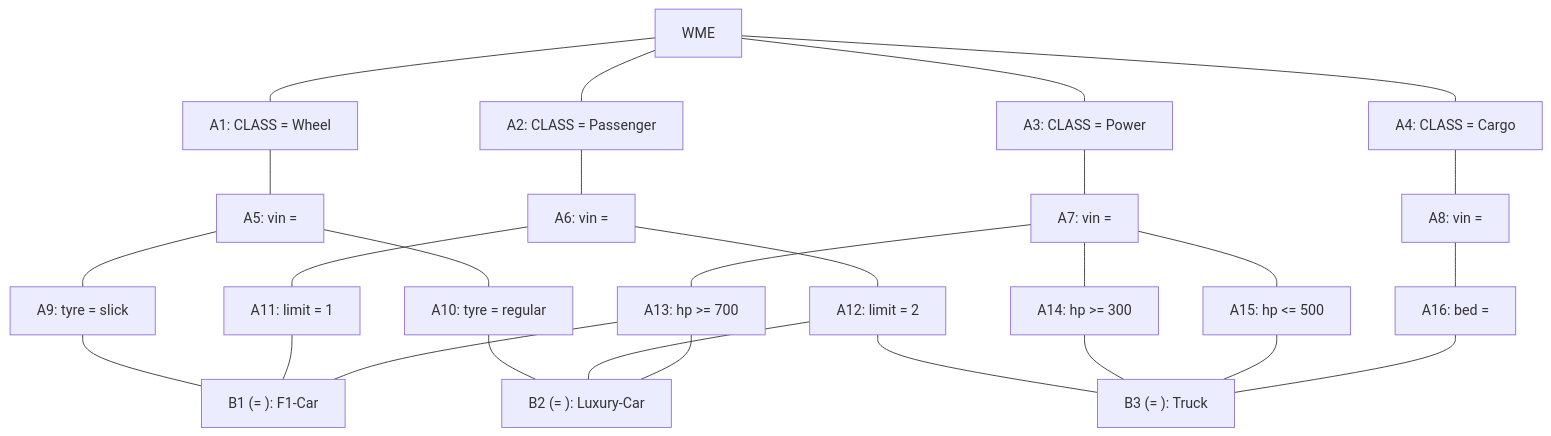
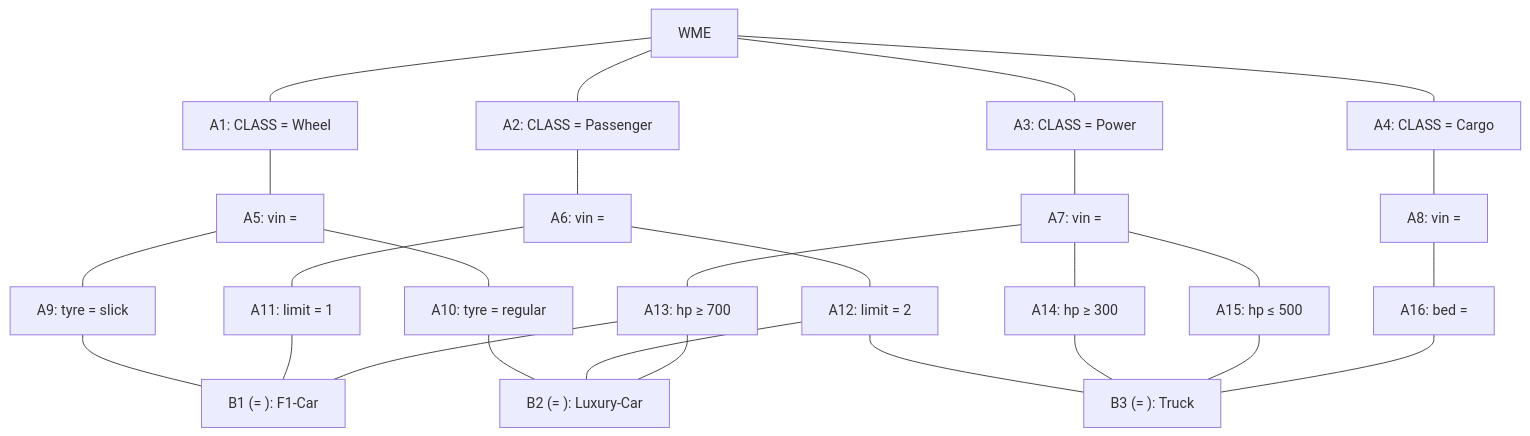
The diagram in src/content/papers/23t1-fn/06-rete.mdx (vbordia/aifu), drawn with Mermaid before and after one commit. The commit also changed other lines of this file and 146 other files, not shown here.

````diff
--- a/src/content/papers/23t1-fn/06-rete.mdx
+++ b/src/content/papers/23t1-fn/06-rete.mdx
@@ -16,35 +16,35 @@
 ```mermaid
 graph TD
     WME["WME"]
     WME --- A1["A1: CLASS = Wheel"]
     WME --- A2["A2: CLASS = Passenger"]
     WME --- A3["A3: CLASS = Power"]
     WME --- A4["A4: CLASS = Cargo"]
 
     A1 --- A5["A5: vin = <v>"]
     A2 --- A6["A6: vin = <v>"]
     A3 --- A7["A7: vin = <v>"]
     A4 --- A8["A8: vin = <v>"]
 
     A5 --- A9["A9: tyre = slick"]
     A5 --- A10["A10: tyre = regular"]
     A6 --- A11["A11: limit = 1"]
     A6 --- A12["A12: limit = 2"]
-    A7 --- A13["A13: hp >= 700"]
-    A7 --- A14["A14: hp >= 300"]
-    A7 --- A15["A15: hp <= 500"]
+    A7 --- A13["A13: hp ≥  700"]
+    A7 --- A14["A14: hp ≥  300"]
+    A7 --- A15["A15: hp ≤  500"]
     A8 --- A16["A16: bed = <x>"]
 
     A9 --- B1["B1 (= <v>): F1-Car"]
     A11 --- B1
     A13 --- B1
 
     A10 --- B2["B2 (= <v>): Luxury-Car"]
     A12 --- B2
     A13 --- B2
 
     A12 --- B3["B3 (= <v>): Truck"]
     A14 --- B3
     A15 --- B3
     A16 --- B3
 ```
````
